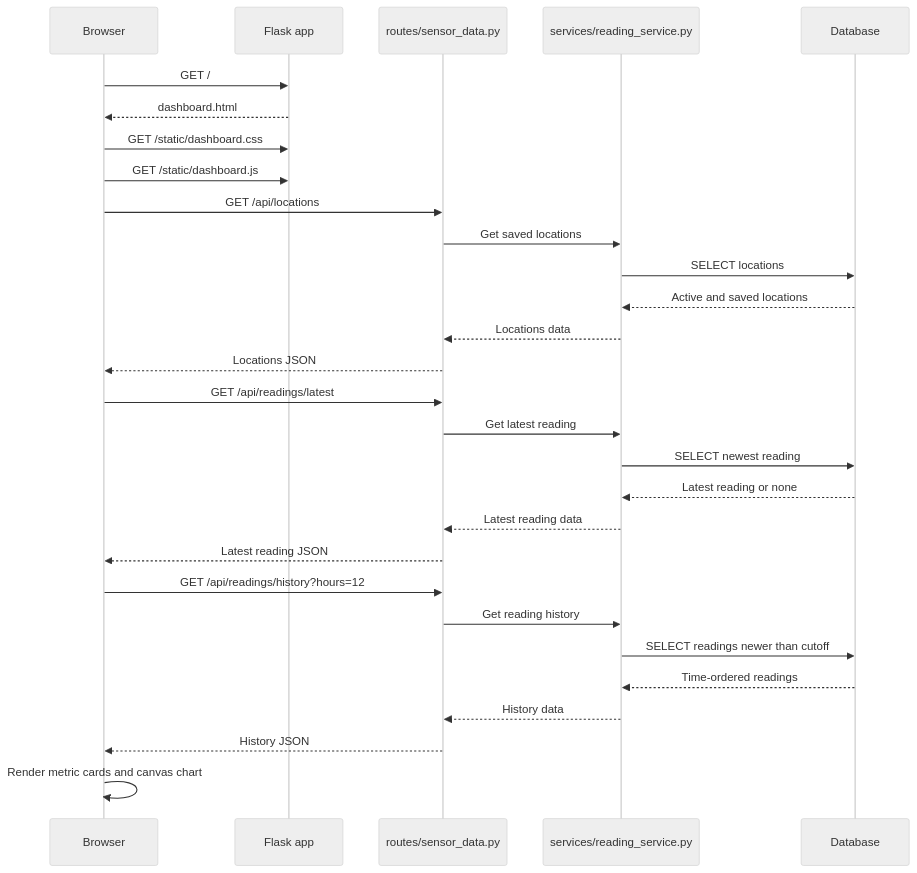
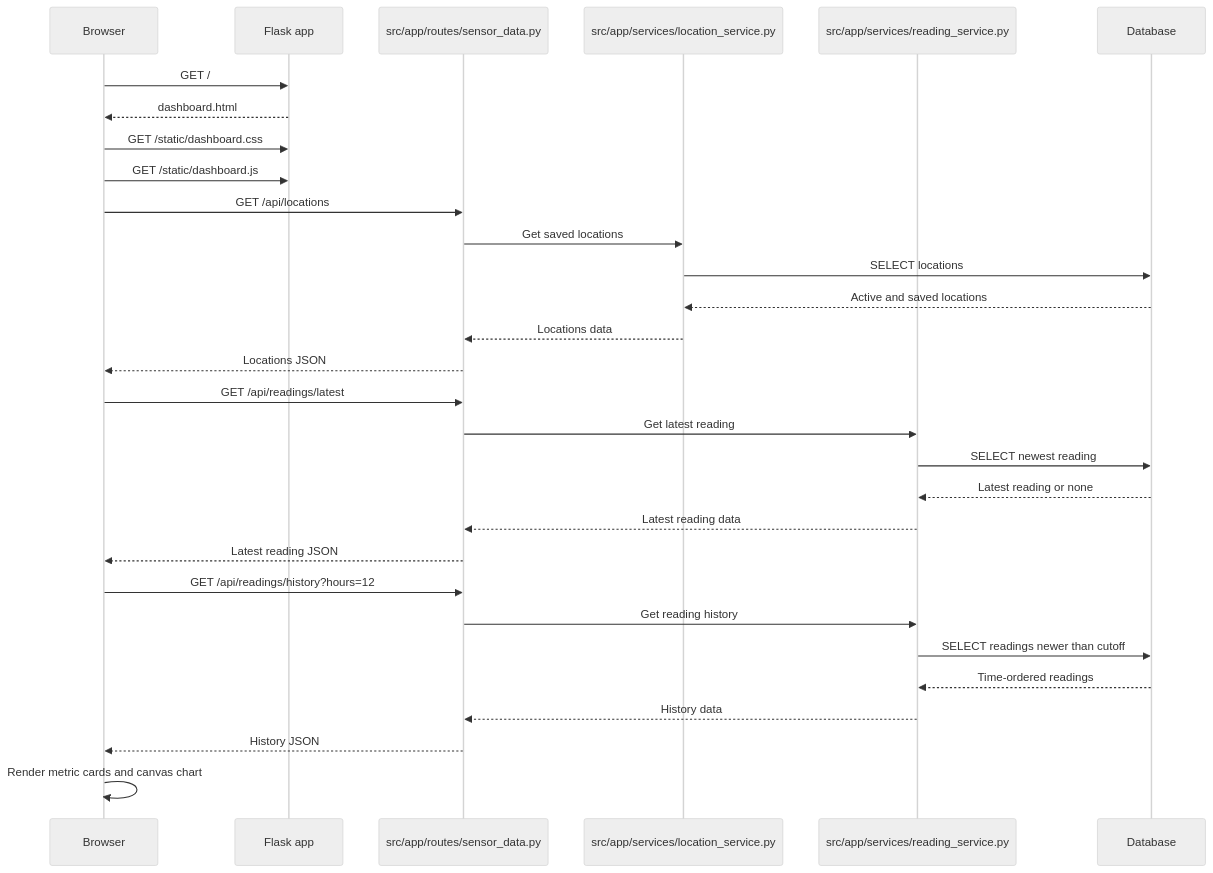
One commit to Dylanlucas01/esp32-temperature-monitoring changed the second of 2 diagrams in docs/sequence-diagram.md. Above: the diagram before and after it, drawn with Mermaid (neutral theme). The commit also changed other lines of this file and 10 other files, not shown here.

````diff
--- a/docs/sequence-diagram.md
+++ b/docs/sequence-diagram.md
@@ -30,36 +37,37 @@
 ```mermaid
 sequenceDiagram
     participant Browser
     participant Flask as Flask app
-    participant Routes as routes/sensor_data.py
-    participant Service as services/reading_service.py
+    participant Routes as src/app/routes/sensor_data.py
+    participant Location as src/app/services/location_service.py
+    participant Reading as src/app/services/reading_service.py
     participant DB as Database
 
     Browser->>Flask: GET /
     Flask-->>Browser: dashboard.html
     Browser->>Flask: GET /static/dashboard.css
     Browser->>Flask: GET /static/dashboard.js
 
     Browser->>Routes: GET /api/locations
-    Routes->>Service: Get saved locations
-    Service->>DB: SELECT locations
-    DB-->>Service: Active and saved locations
-    Service-->>Routes: Locations data
+    Routes->>Location: Get saved locations
+    Location->>DB: SELECT locations
+    DB-->>Location: Active and saved locations
+    Location-->>Routes: Locations data
     Routes-->>Browser: Locations JSON
 
     Browser->>Routes: GET /api/readings/latest
-    Routes->>Service: Get latest reading
-    Service->>DB: SELECT newest reading
-    DB-->>Service: Latest reading or none
-    Service-->>Routes: Latest reading data
+    Routes->>Reading: Get latest reading
+    Reading->>DB: SELECT newest reading
+    DB-->>Reading: Latest reading or none
+    Reading-->>Routes: Latest reading data
     Routes-->>Browser: Latest reading JSON
 
     Browser->>Routes: GET /api/readings/history?hours=12
-    Routes->>Service: Get reading history
-    Service->>DB: SELECT readings newer than cutoff
-    DB-->>Service: Time-ordered readings
-    Service-->>Routes: History data
+    Routes->>Reading: Get reading history
+    Reading->>DB: SELECT readings newer than cutoff
+    DB-->>Reading: Time-ordered readings
+    Reading-->>Routes: History data
     Routes-->>Browser: History JSON
 
     Browser->>Browser: Render metric cards and canvas chart
 ```
````
